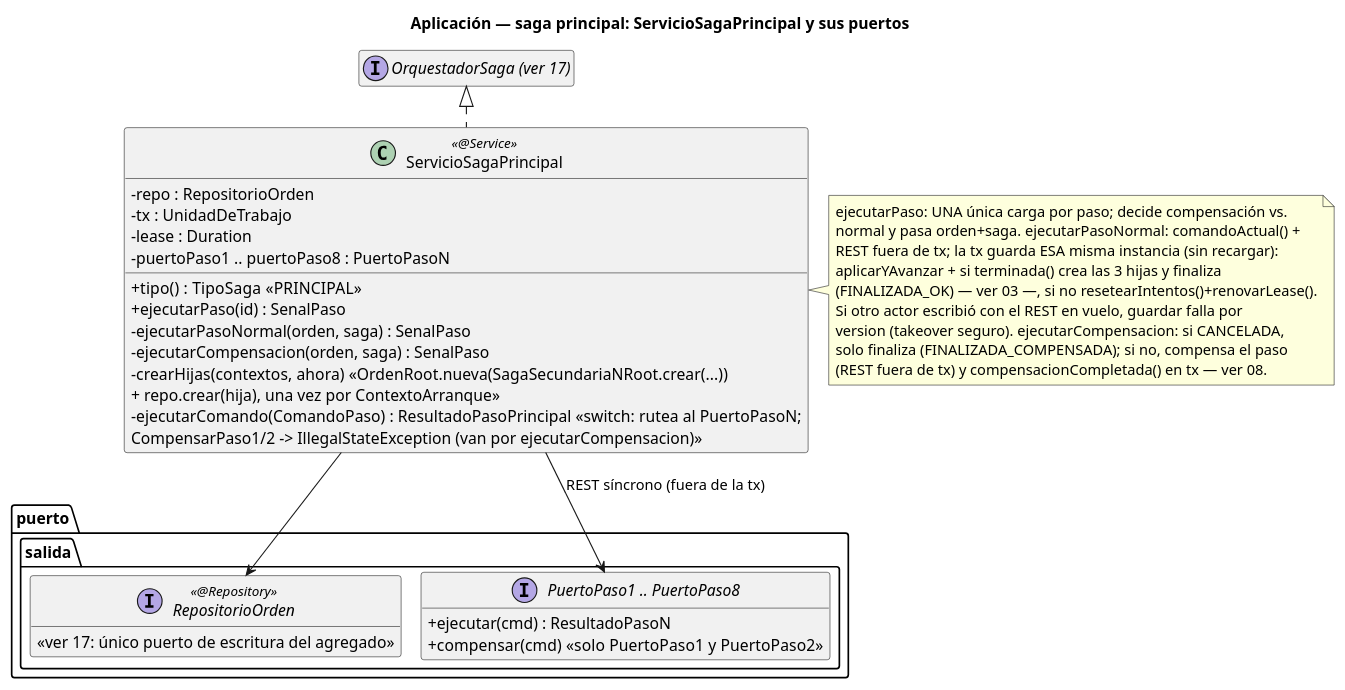
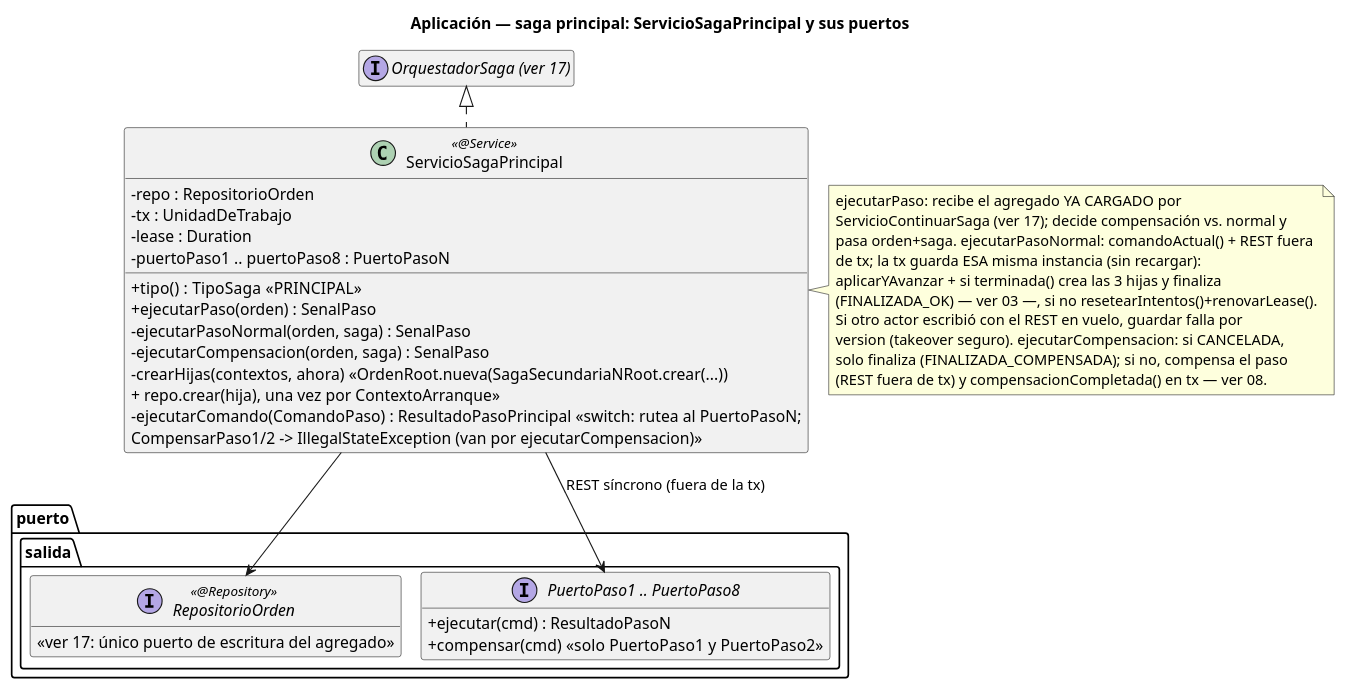
The diagram in order-manager/docs/18-clases-aplicacion-saga-principal.puml (ralcazar/patrones), drawn with PlantUML before and after one commit. The commit also changed 36 other files, not shown here.

```diff
--- a/order-manager/docs/18-clases-aplicacion-saga-principal.puml
+++ b/order-manager/docs/18-clases-aplicacion-saga-principal.puml
@@ -1,46 +1,47 @@
 @startuml 18-clases-aplicacion-saga-principal
 title Aplicación — saga principal: ServicioSagaPrincipal y sus puertos
 !pragma layout smetana
 hide empty members
 skinparam classAttributeIconSize 0
 
 interface "OrquestadorSaga (ver 17)" as Base
 
 class ServicioSagaPrincipal <<@Service>> {
   -repo : RepositorioOrden
   -tx : UnidadDeTrabajo
   -lease : Duration
   -puertoPaso1 .. puertoPaso8 : PuertoPasoN
   +tipo() : TipoSaga  «PRINCIPAL»
-  +ejecutarPaso(id) : SenalPaso
+  +ejecutarPaso(orden) : SenalPaso
   -ejecutarPasoNormal(orden, saga) : SenalPaso
   -ejecutarCompensacion(orden, saga) : SenalPaso
   -crearHijas(contextos, ahora)  «OrdenRoot.nueva(SagaSecundariaNRoot.crear(...))\n+ repo.crear(hija), una vez por ContextoArranque»
   -ejecutarComando(ComandoPaso) : ResultadoPasoPrincipal  «switch: rutea al PuertoPasoN;\nCompensarPaso1/2 -> IllegalStateException (van por ejecutarCompensacion)»
 }
 note right of ServicioSagaPrincipal
-  ejecutarPaso: UNA única carga por paso; decide compensación vs.
-  normal y pasa orden+saga. ejecutarPasoNormal: comandoActual() +
-  REST fuera de tx; la tx guarda ESA misma instancia (sin recargar):
+  ejecutarPaso: recibe el agregado YA CARGADO por
+  ServicioContinuarSaga (ver 17); decide compensación vs. normal y
+  pasa orden+saga. ejecutarPasoNormal: comandoActual() + REST fuera
+  de tx; la tx guarda ESA misma instancia (sin recargar):
   aplicarYAvanzar + si terminada() crea las 3 hijas y finaliza
   (FINALIZADA_OK) — ver 03 —, si no resetearIntentos()+renovarLease().
   Si otro actor escribió con el REST en vuelo, guardar falla por
   version (takeover seguro). ejecutarCompensacion: si CANCELADA,
   solo finaliza (FINALIZADA_COMPENSADA); si no, compensa el paso
   (REST fuera de tx) y compensacionCompletada() en tx — ver 08.
 end note
 
 package "puerto.salida" {
   interface RepositorioOrden <<@Repository>> {
     «ver 17: único puerto de escritura del agregado»
   }
   interface "PuertoPaso1 .. PuertoPaso8" as PuertosPaso {
     +ejecutar(cmd) : ResultadoPasoN
     +compensar(cmd)  «solo PuertoPaso1 y PuertoPaso2»
   }
 }
 
 Base <|.. ServicioSagaPrincipal
 ServicioSagaPrincipal --> RepositorioOrden
 ServicioSagaPrincipal --> PuertosPaso : REST síncrono (fuera de la tx)
 @enduml
```
